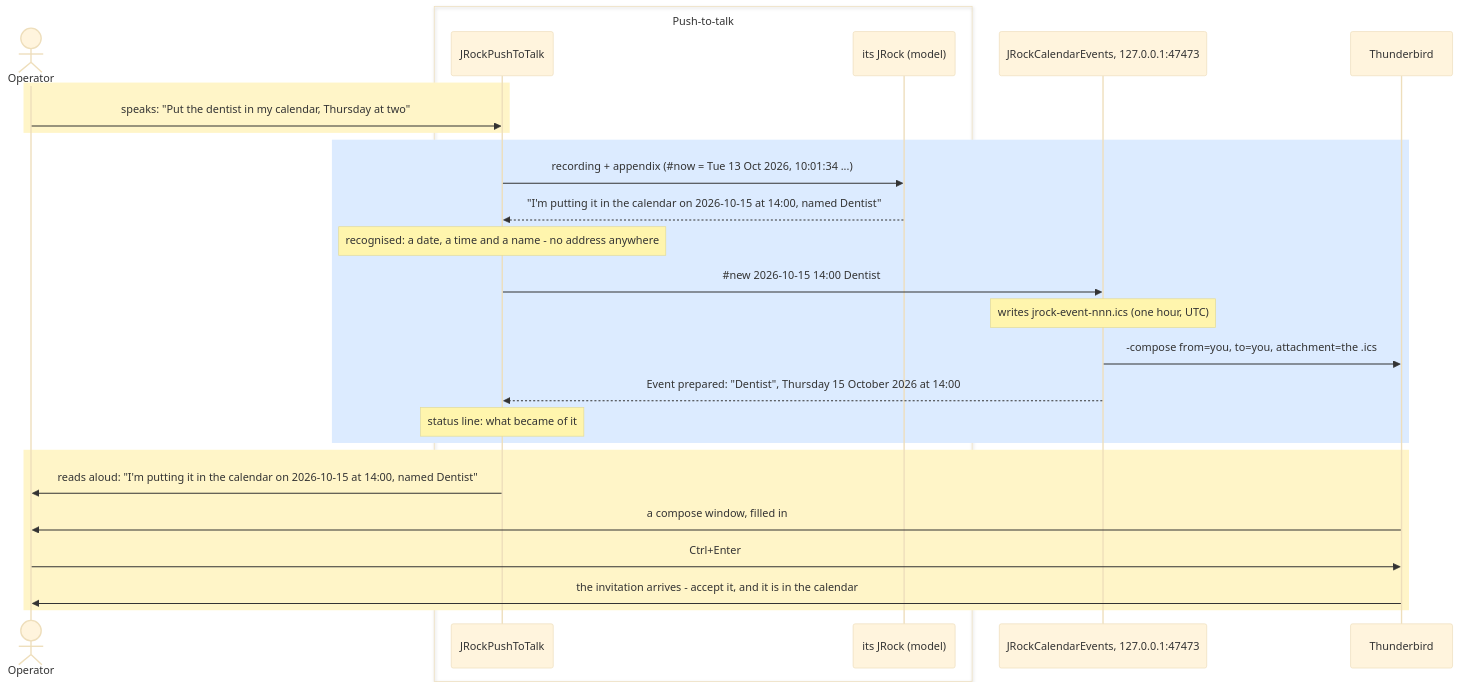
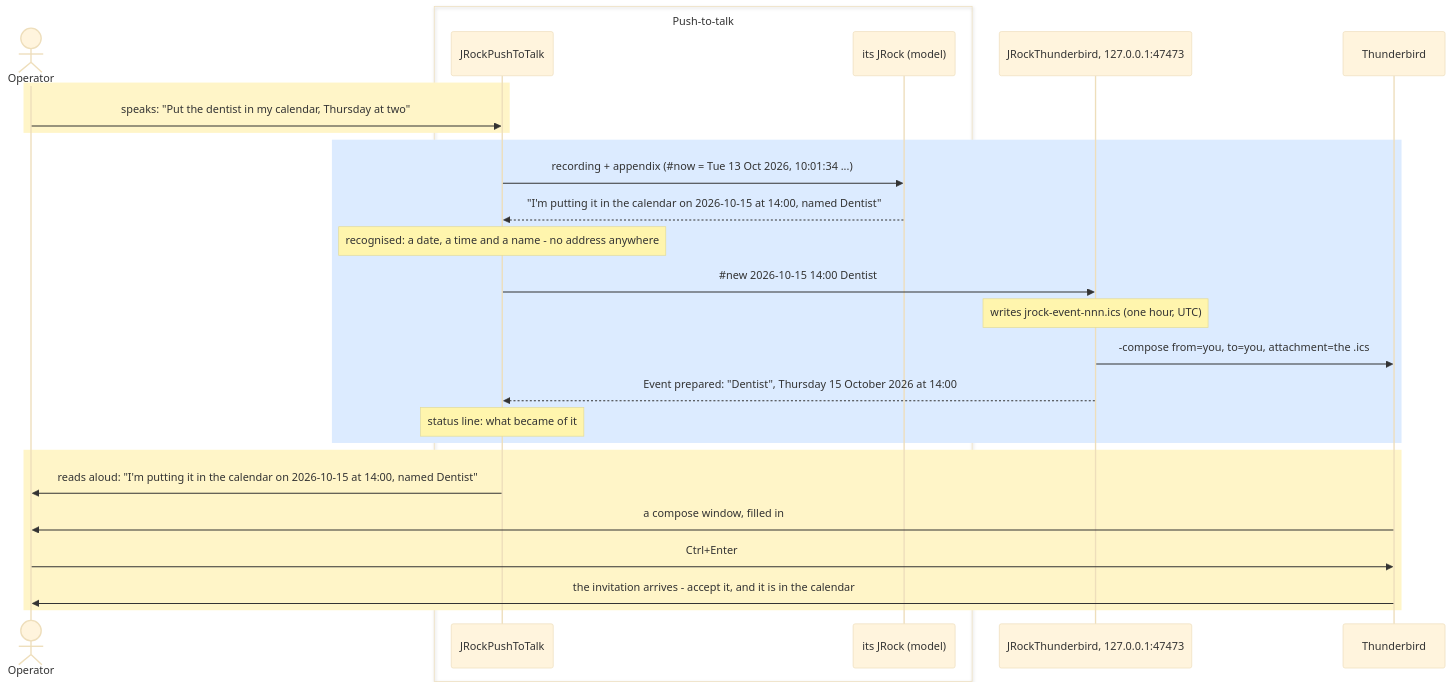
One commit to ivan-khvostishkov/jrock changed the third of 3 diagrams in README.md. Above: the diagram before and after it, drawn with Mermaid (base theme). The commit also changed other lines of this file and 5 other files, not shown here.

````diff
--- a/README.md
+++ b/README.md
@@ -2134,30 +2194,30 @@
 ```mermaid
 sequenceDiagram
     actor Op as Operator
     box Push-to-talk
         participant PTT as JRockPushToTalk
         participant PM as its JRock (model)
     end
-    participant Cal as JRockCalendarEvents, 127.0.0.1:47473
+    participant Cal as JRockThunderbird, 127.0.0.1:47473
     participant Tb as Thunderbird
 
     rect rgb(255, 245, 200)
         Op->>PTT: speaks: "Put the dentist in my calendar, Thursday at two"
     end
     rect rgb(220, 235, 255)
         PTT->>PM: recording + appendix (#35;now = Tue 13 Oct 2026, 10:01:34 ...)
         PM-->>PTT: "I'm putting it in the calendar on 2026-10-15 at 14:00, named Dentist"
         Note over PTT: recognised: a date, a time and a name - no address anywhere
         PTT->>Cal: #35;new 2026-10-15 14:00 Dentist
         Note over Cal: writes jrock-event-nnn.ics (one hour, UTC)
         Cal->>Tb: -compose from=you, to=you, attachment=the .ics
         Cal-->>PTT: Event prepared: "Dentist", Thursday 15 October 2026 at 14:00
         Note over PTT: status line: what became of it
     end
     rect rgb(255, 245, 200)
         PTT->>Op: reads aloud: "I'm putting it in the calendar on 2026-10-15 at 14:00, named Dentist"
         Tb->>Op: a compose window, filled in
         Op->>Tb: Ctrl+Enter
         Tb->>Op: the invitation arrives - accept it, and it is in the calendar
     end
 ```
````
